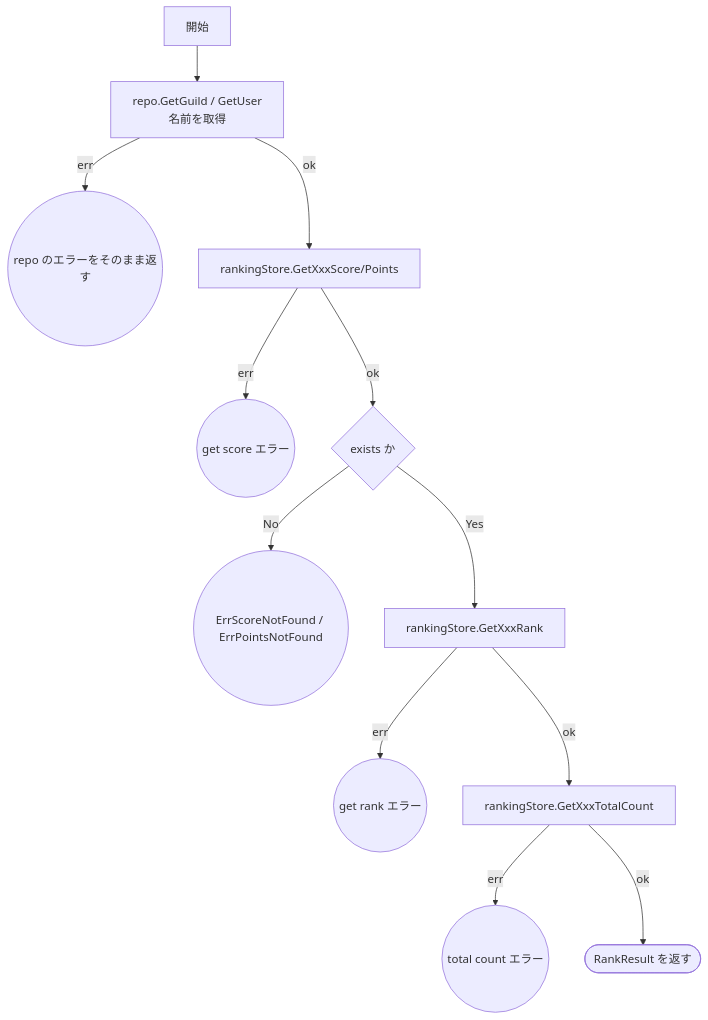
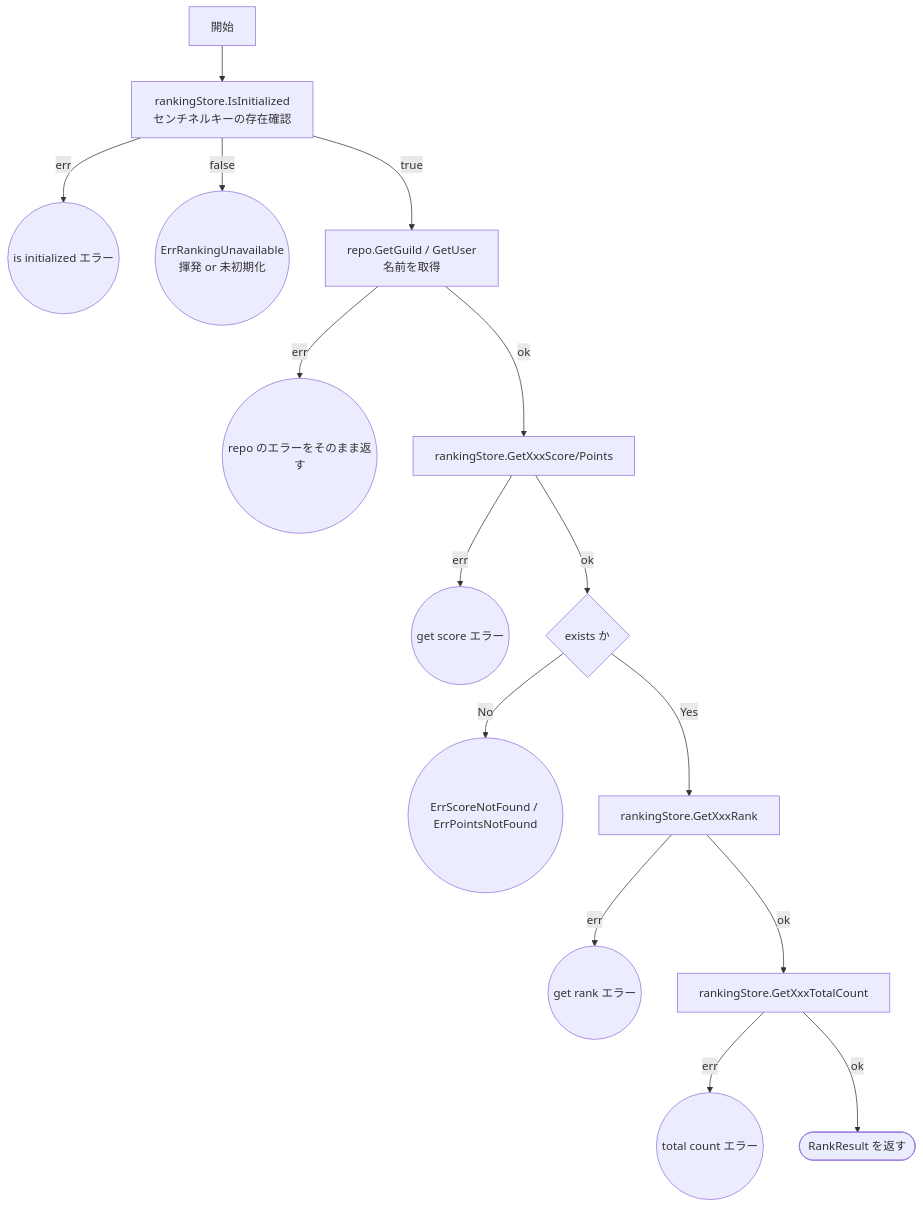
Before and after one commit to uchidas-rogue/game-api-sample: the second of 3 diagrams in docs/testing/ranking.md, drawn with Mermaid. The commit also changed other lines of this file and 17 other files, not shown here.

````diff
--- a/docs/testing/ranking.md
+++ b/docs/testing/ranking.md
@@ -67,14 +105,17 @@
 ```mermaid
 flowchart TD
-    A[開始] --> B[repo.GetGuild / GetUser<br/>名前を取得]
+    A[開始] --> I[rankingStore.IsInitialized<br/>センチネルキーの存在確認]
+    I -- err --> E6((is initialized エラー))
+    I -- false --> E7((ErrRankingUnavailable<br/>揮発 or 未初期化))
+    I -- true --> B[repo.GetGuild / GetUser<br/>名前を取得]
     B -- err --> E1((repo のエラーをそのまま返す))
     B -- ok --> C[rankingStore.GetXxxScore/Points]
     C -- err --> E2((get score エラー))
     C -- ok --> D{exists か}
     D -- No --> E3((ErrScoreNotFound / ErrPointsNotFound))
     D -- Yes --> F[rankingStore.GetXxxRank]
     F -- err --> E4((get rank エラー))
     F -- ok --> G[rankingStore.GetXxxTotalCount]
     G -- err --> E5((total count エラー))
     G -- ok --> Z([RankResult を返す])
 ```
````
